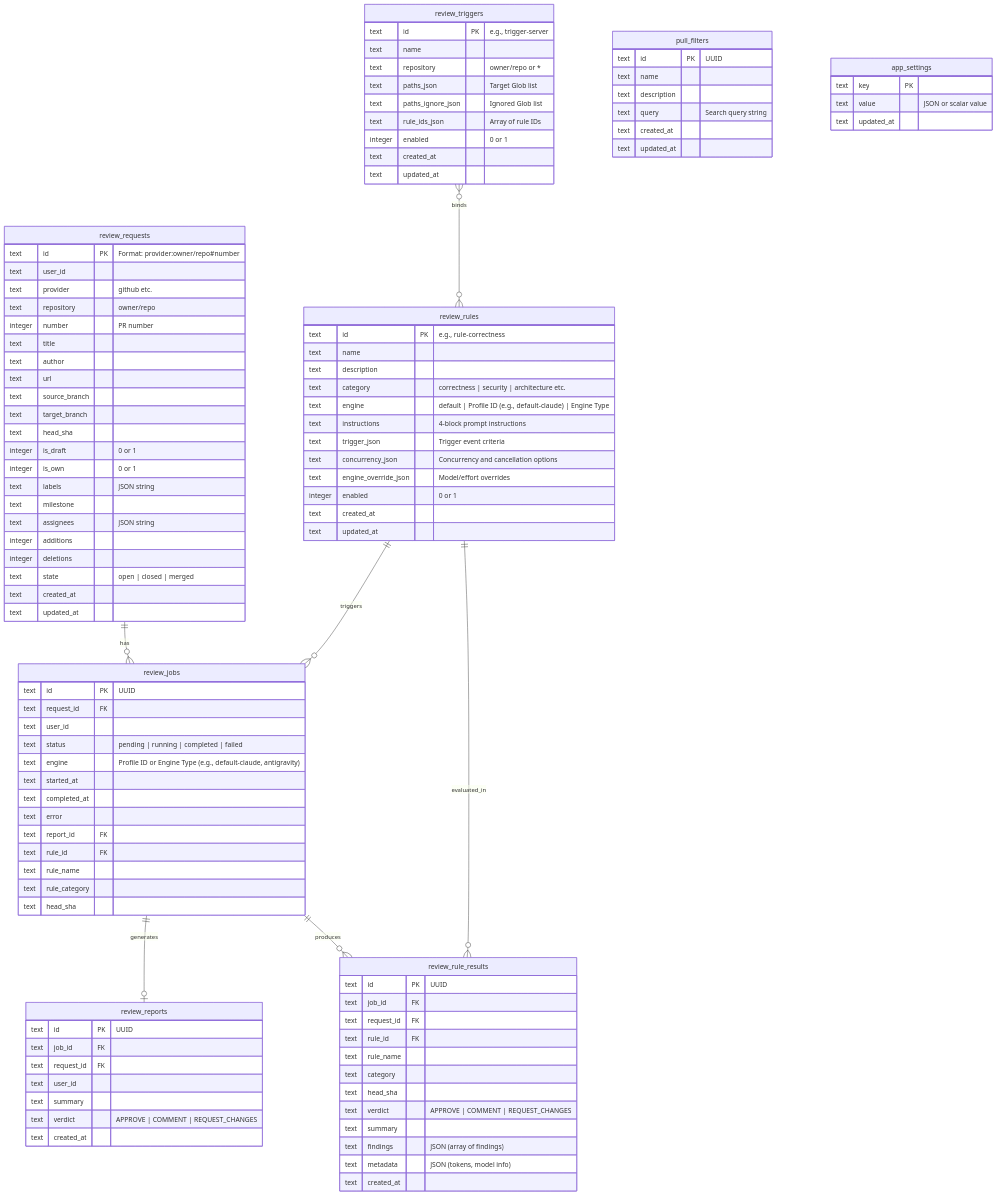
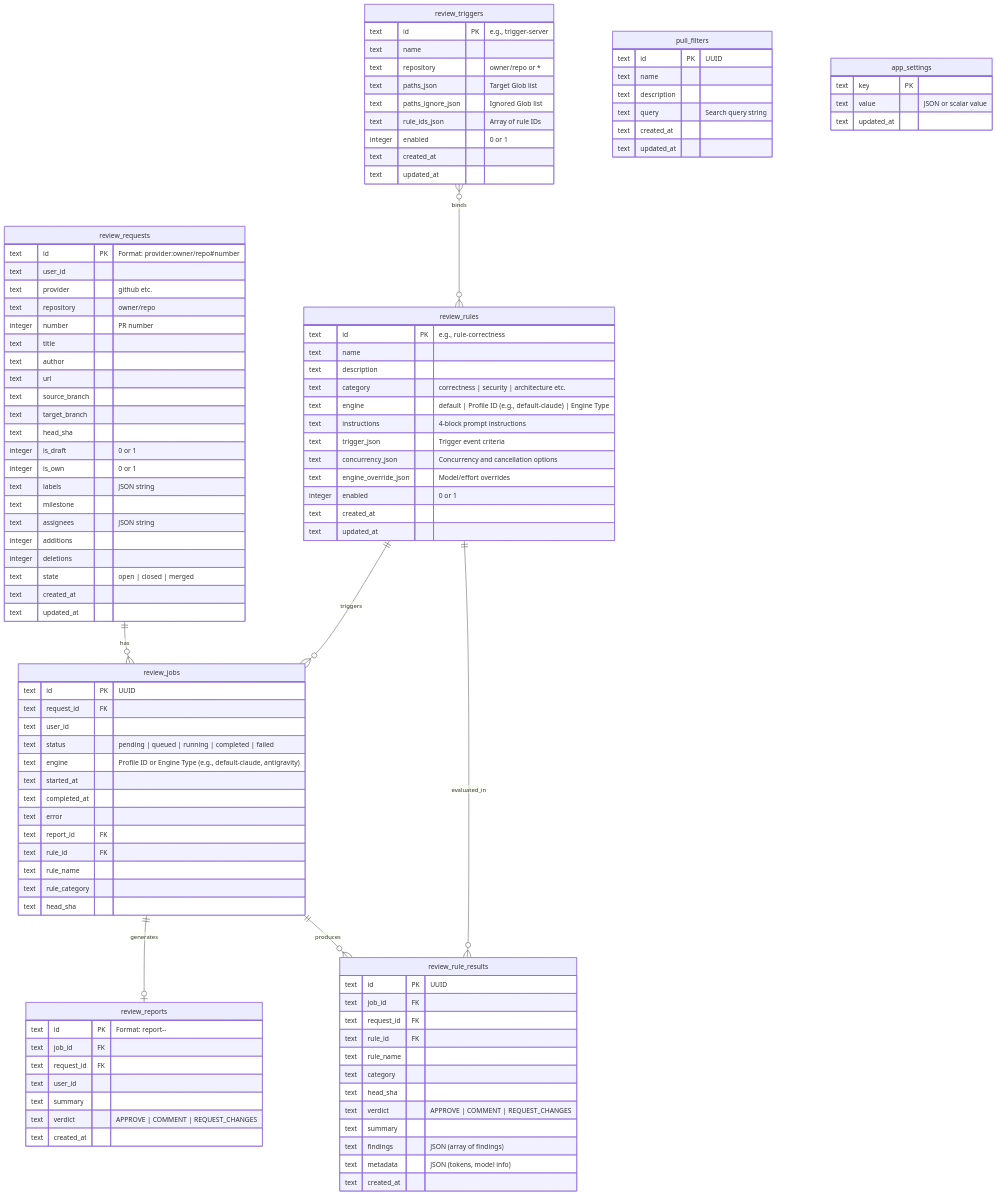
One commit to fuji44/kuramori changed the first of 3 diagrams in docs/data-model.md. Above: the diagram before and after it, drawn with Mermaid. The commit also changed other lines of this file and 6 other files, not shown here.

```diff
--- a/docs/data-model.md
+++ b/docs/data-model.md
@@ -43,7 +43,7 @@
         text id PK "UUID"
         text request_id FK
         text user_id
-        text status "pending | running | completed | failed"
+        text status "pending | queued | running | completed | failed"
         text engine "Profile ID or Engine Type (e.g., default-claude, antigravity)"
         text started_at
         text completed_at
@@ -56,7 +56,7 @@
     }
 
     review_reports {
-        text id PK "UUID"
+        text id PK "Format: report-<requestId>-<timestamp>"
         text job_id FK
         text request_id FK
         text user_id
```
